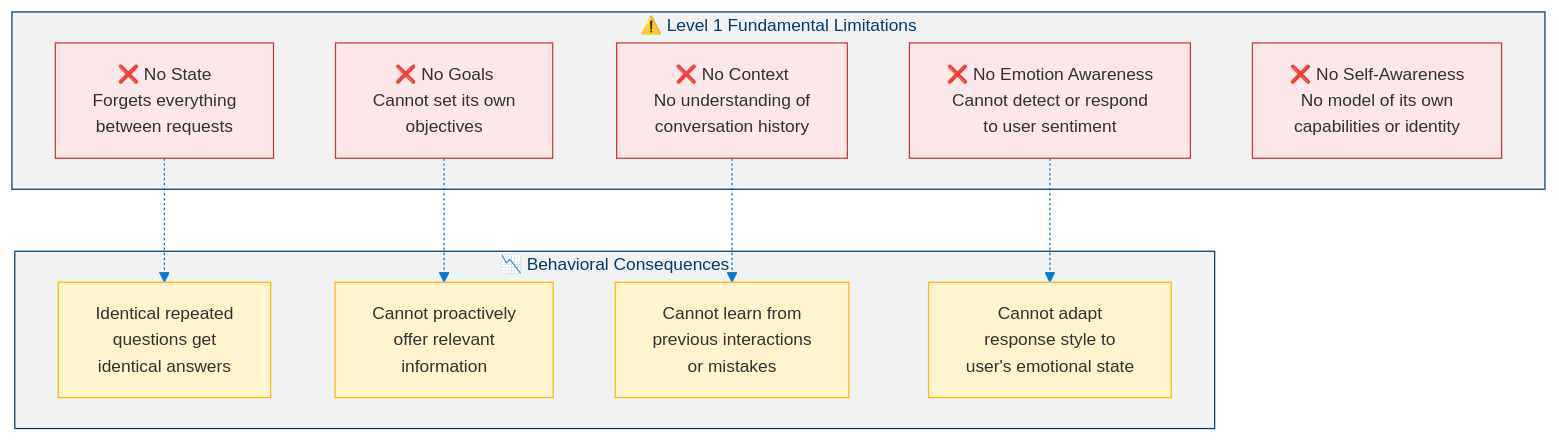
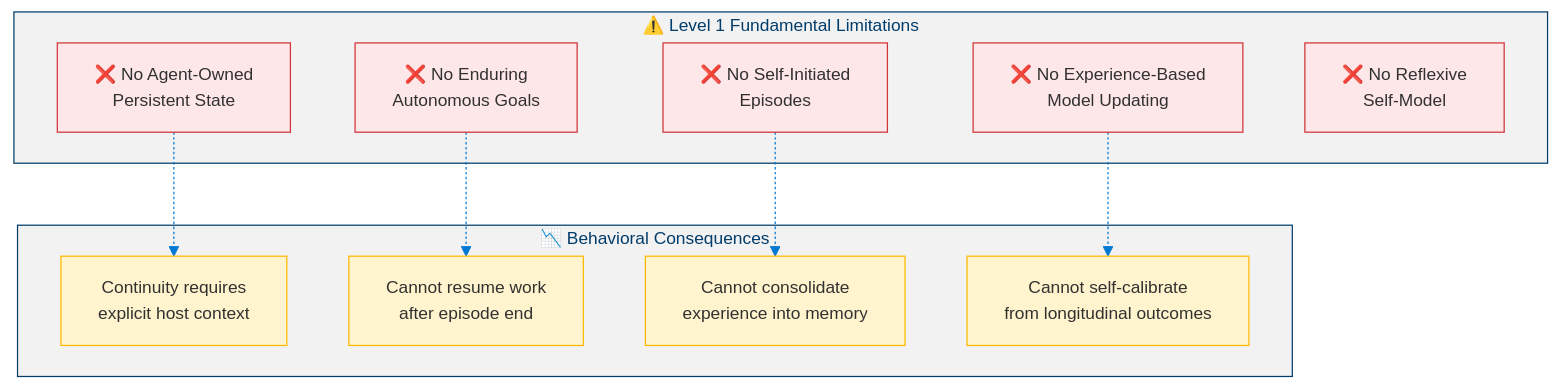
One commit to dotnetpower/mscp changed the fifth of 7 diagrams in docs/levels/Level_1_Tool_Agent.md. Above: the diagram before and after it, drawn with Mermaid. The commit also changed other lines of this file and 21 other files, not shown here.

````diff
--- a/docs/levels/Level_1_Tool_Agent.md
+++ b/docs/levels/Level_1_Tool_Agent.md
@@ -397,28 +444,28 @@
 ```mermaid
 %%{init: {'theme': 'base', 'themeVariables': {'primaryColor': '#0078D4', 'primaryTextColor': '#003D6B', 'primaryBorderColor': '#003D6B', 'secondaryColor': '#50E6FF', 'secondaryTextColor': '#323130', 'secondaryBorderColor': '#00BCF2', 'tertiaryColor': '#F2F2F2', 'tertiaryTextColor': '#323130', 'lineColor': '#0078D4', 'textColor': '#323130', 'mainBkg': '#DEECF9', 'nodeBorder': '#0078D4', 'clusterBkg': '#F2F2F2', 'clusterBorder': '#003D6B', 'titleColor': '#003D6B', 'edgeLabelBackground': '#FFFFFF', 'fontSize': '14px'}}}%%
 flowchart TD
   classDef danger fill:#D13438,stroke:#A4262C,color:#FFF
   classDef dangerLight fill:#FDE7E9,stroke:#D13438,color:#323130
   classDef warning fill:#FFB900,stroke:#CC9400,color:#323130
   classDef warningLight fill:#FFF4CE,stroke:#FFB900,color:#323130
 
   subgraph Limitations["⚠️ Level 1 Fundamental Limitations"]
-    L1["❌ No State<br/>Forgets everything<br/>between requests"]:::dangerLight
-    L2["❌ No Goals<br/>Cannot set its own<br/>objectives"]:::dangerLight
-    L3["❌ No Context<br/>No understanding of<br/>conversation history"]:::dangerLight
-    L4["❌ No Emotion Awareness<br/>Cannot detect or respond<br/>to user sentiment"]:::dangerLight
-    L5["❌ No Self-Awareness<br/>No model of its own<br/>capabilities or identity"]:::dangerLight
+    L1["❌ No Agent-Owned<br/>Persistent State"]:::dangerLight
+    L2["❌ No Enduring<br/>Autonomous Goals"]:::dangerLight
+    L3["❌ No Self-Initiated<br/>Episodes"]:::dangerLight
+    L4["❌ No Experience-Based<br/>Model Updating"]:::dangerLight
+    L5["❌ No Reflexive<br/>Self-Model"]:::dangerLight
   end
 
   subgraph Consequences["📉 Behavioral Consequences"]
-    C1["Identical repeated<br/>questions get<br/>identical answers"]:::warningLight
-    C2["Cannot proactively<br/>offer relevant<br/>information"]:::warningLight
-    C3["Cannot learn from<br/>previous interactions<br/>or mistakes"]:::warningLight
-    C4["Cannot adapt<br/>response style to<br/>user's emotional state"]:::warningLight
+    C1["Continuity requires<br/>explicit host context"]:::warningLight
+    C2["Cannot resume work<br/>after episode end"]:::warningLight
+    C3["Cannot consolidate<br/>experience into memory"]:::warningLight
+    C4["Cannot self-calibrate<br/>from longitudinal outcomes"]:::warningLight
   end
 
   L1 -.-> C1
   L2 -.-> C2
   L3 -.-> C3
   L4 -.-> C4
 ```
````
